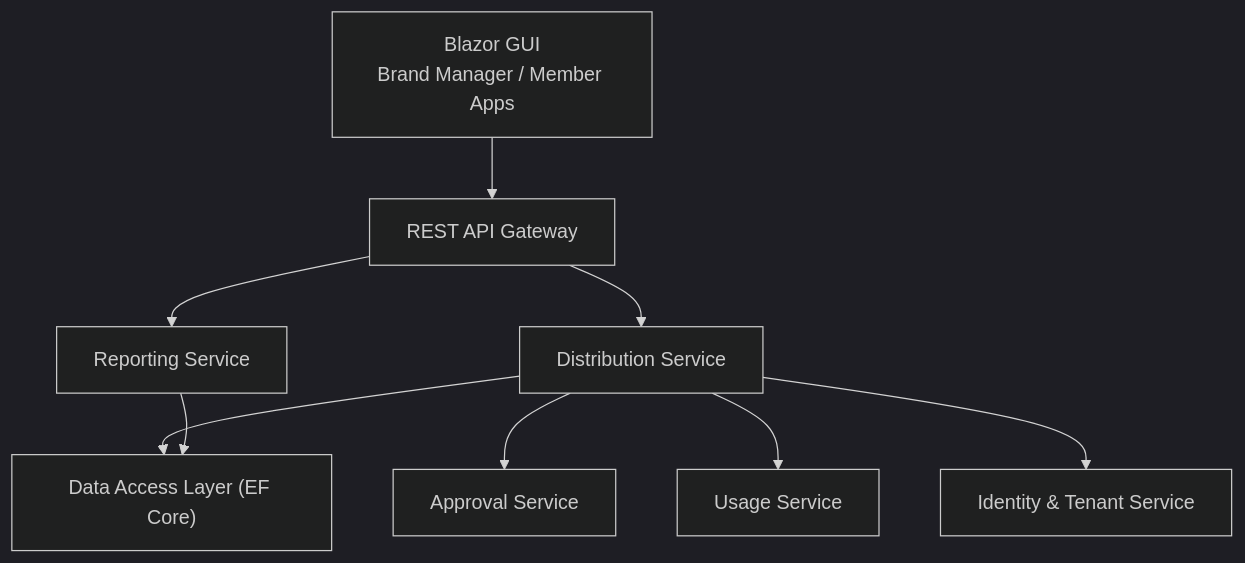
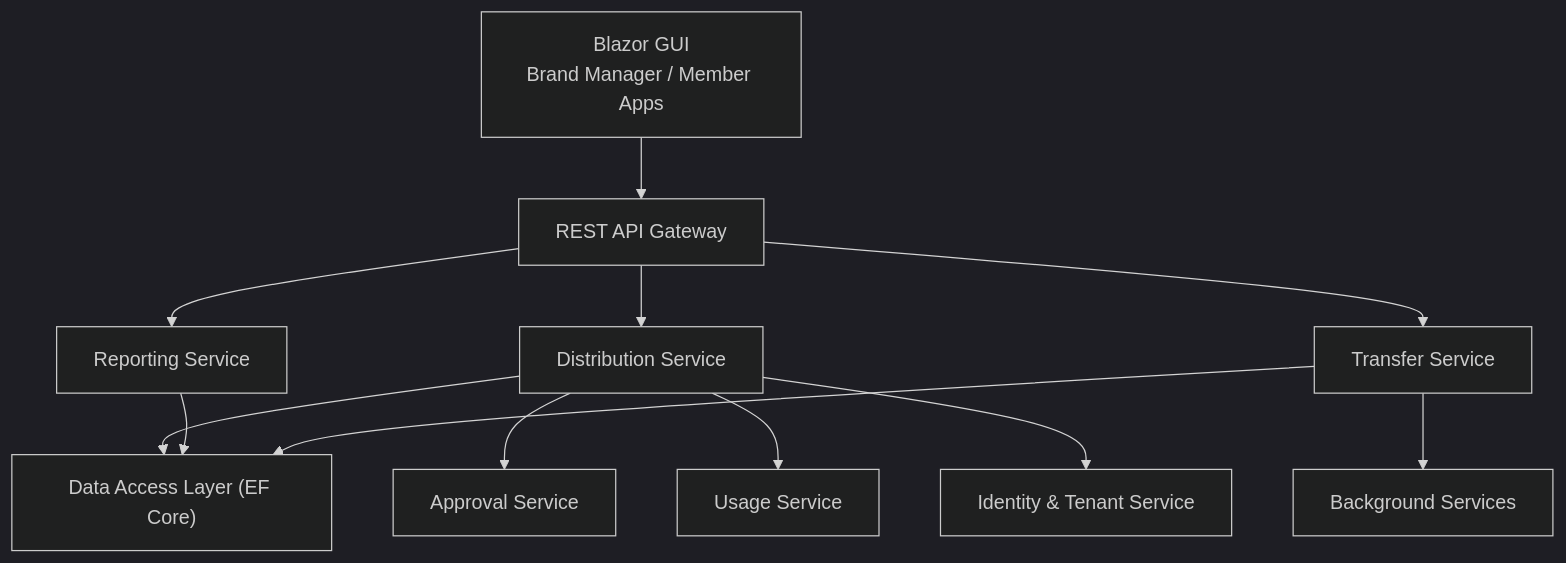
Before and after one commit to lamhongbac/NonCash: the first of 8 diagrams in .qoder/repowiki/en/content/Core Services Implementation/Distribution Service.md, drawn with Mermaid (dark theme). The commit also changed other lines of this file and 13 other files, not shown here.

````diff
--- a/.qoder/repowiki/en/content/Core Services Implementation/Distribution Service.md
+++ b/.qoder/repowiki/en/content/Core Services Implementation/Distribution Service.md
@@ -37,11 +58,14 @@
 ```mermaid
 graph TB
 UI["Blazor GUI<br/>Brand Manager / Member Apps"] --> API["REST API Gateway"]
 API --> DistSvc["Distribution Service"]
 API --> ReportsSvc["Reporting Service"]
+API --> TransferSvc["Transfer Service"]
 DistSvc --> DAL["Data Access Layer (EF Core)"]
 ReportsSvc --> DAL
+TransferSvc --> DAL
 DistSvc --> ApprovalSvc["Approval Service"]
 DistSvc --> UsageSvc["Usage Service"]
 DistSvc --> IdentitySvc["Identity & Tenant Service"]
+TransferSvc --> BackgroundSvc["Background Services"]
 ```
````
